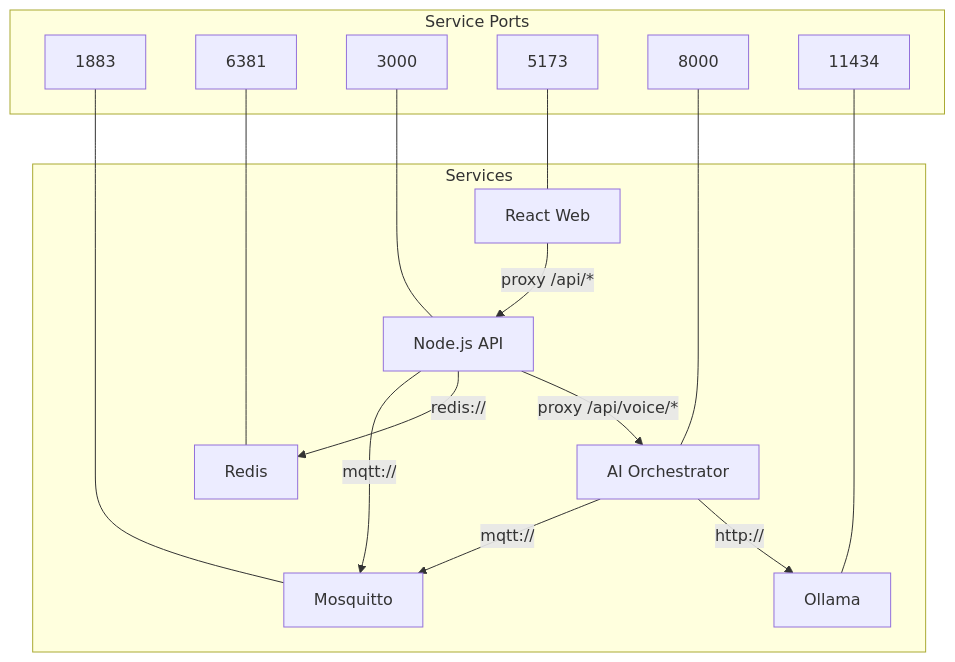
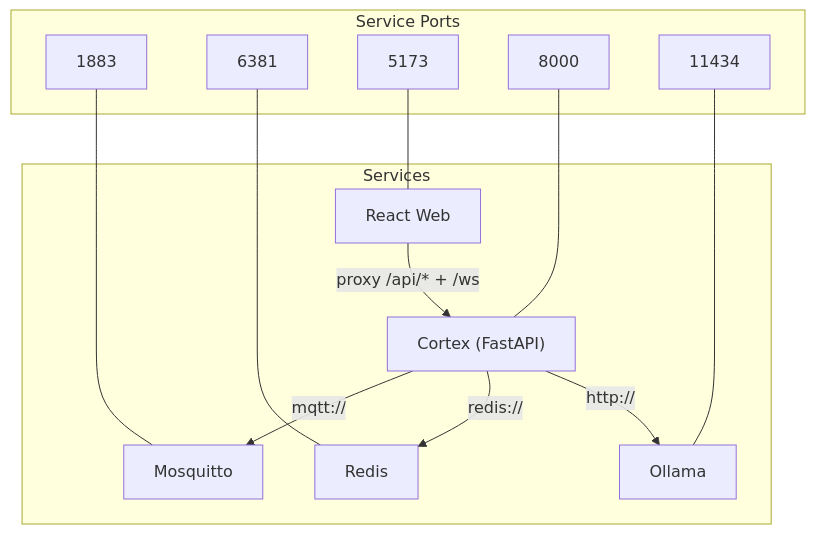
Before and after one commit to curtisblanchette/my-esp32-project: the fourth of 8 diagrams in README.md, drawn with Mermaid. The commit also changed other lines of this file and 26 other files, not shown here.

````diff
--- a/README.md
+++ b/README.md
@@ -163,34 +150,29 @@
 ```mermaid
 flowchart TB
     subgraph Ports["Service Ports"]
         P1883["1883"]
         P6381["6381"]
-        P3000["3000"]
         P5173["5173"]
         P8000["8000"]
         P11434["11434"]
     end
 
     subgraph Services
         MQTT["Mosquitto"]
         Redis["Redis"]
-        API["Node.js API"]
         Web["React Web"]
-        AI["AI Orchestrator"]
+        Cortex["Cortex (FastAPI)"]
         Ollama["Ollama"]
     end
 
     P1883 --- MQTT
     P6381 --- Redis
-    P3000 --- API
     P5173 --- Web
-    P8000 --- AI
+    P8000 --- Cortex
     P11434 --- Ollama
 
-    Web -->|proxy /api/*| API
-    API -->|mqtt://| MQTT
-    API -->|redis://| Redis
-    API -->|proxy /api/voice/*| AI
-    AI -->|mqtt://| MQTT
-    AI -->|http://| Ollama
+    Web -->|proxy /api/* + /ws| Cortex
+    Cortex -->|mqtt://| MQTT
+    Cortex -->|redis://| Redis
+    Cortex -->|http://| Ollama
 ```
````
